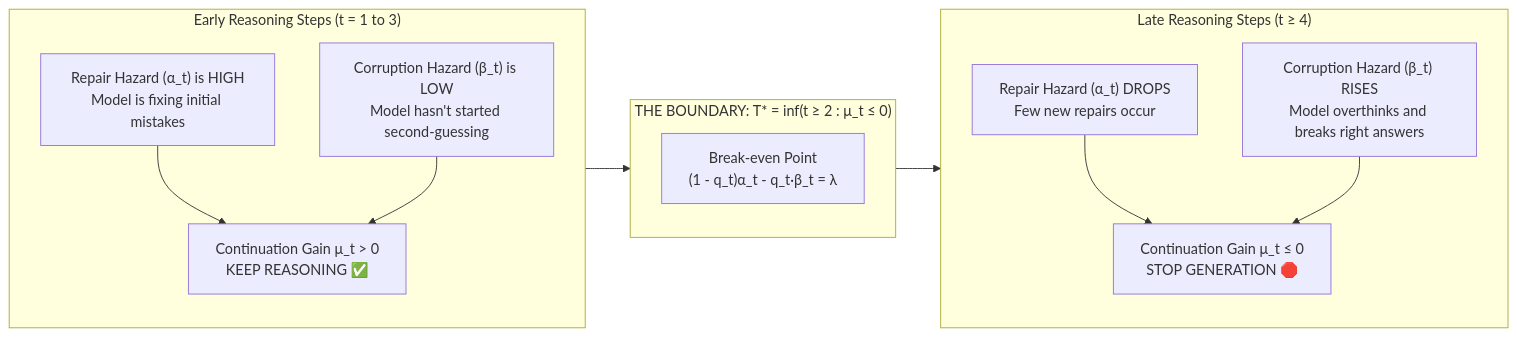
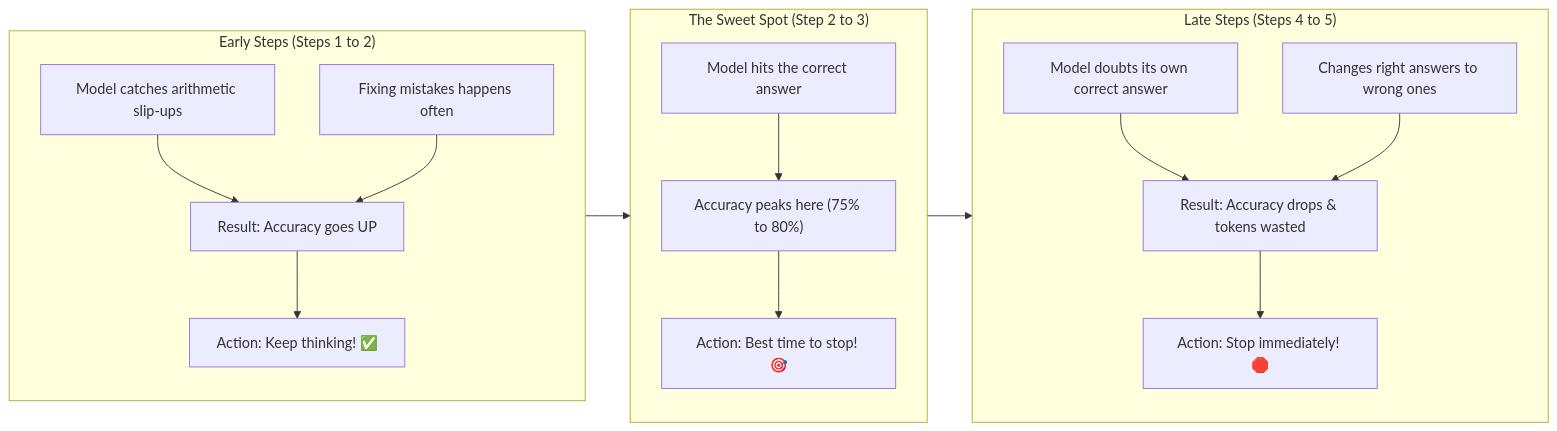
The first of 4 diagrams in ADVISOR_MEETING_SEMESTER_2_ROADMAP.md (bhattadiCS/research-thesis-overthinking-boundary), drawn with Mermaid before and after one commit. The commit also changed other lines of this file and 1 other file, not shown here.

Commit message:
fix(docs): overhaul roadmap markdown formatting, simplify language, and verify browser preview

````diff
--- a/ADVISOR_MEETING_SEMESTER_2_ROADMAP.md
+++ b/ADVISOR_MEETING_SEMESTER_2_ROADMAP.md
@@ -45,27 +48,35 @@
 ```mermaid
 flowchart LR
-    subgraph EarlySteps["Early Reasoning Steps (t = 1 to 3)"]
+    subgraph Early["Early Steps (Steps 1 to 2)"]
         direction TB
-        R1["Repair Hazard (α_t) is HIGH<br/>Model is fixing initial mistakes"]
-        C1["Corruption Hazard (β_t) is LOW<br/>Model hasn't started second-guessing"]
-        G1["Continuation Gain μ_t > 0<br/>KEEP REASONING ✅"]
-        R1 --> G1
-        C1 --> G1
+        E1["Model catches arithmetic slip-ups"]
+        E2["Fixing mistakes happens often"]
+        E3["Result: Accuracy goes UP"]
+        E4["Action: Keep thinking! ✅"]
+        E1 --> E3
+        E2 --> E3
+        E3 --> E4
     end
 
-    subgraph Transition["THE BOUNDARY: T* = inf(t ≥ 2 : μ_t ≤ 0)"]
+    subgraph SweetSpot["The Sweet Spot (Step 2 to 3)"]
         direction TB
-        B["Break-even Point<br/>(1 - q_t)α_t - q_t·β_t = λ"]
+        S1["Model hits the correct answer"]
+        S2["Accuracy peaks here (75% to 80%)"]
+        S3["Action: Best time to stop! 🎯"]
+        S1 --> S2
+        S2 --> S3
     end
 
-    subgraph LateSteps["Late Reasoning Steps (t ≥ 4)"]
+    subgraph Late["Late Steps (Steps 4 to 5)"]
         direction TB
-        R2["Repair Hazard (α_t) DROPS<br/>Few new repairs occur"]
-        C2["Corruption Hazard (β_t) RISES<br/>Model overthinks and breaks right answers"]
-        G2["Continuation Gain μ_t ≤ 0<br/>STOP GENERATION 🛑"]
-        R2 --> G2
-        C2 --> G2
+        L1["Model doubts its own correct answer"]
+        L2["Changes right answers to wrong ones"]
+        L3["Result: Accuracy drops & tokens wasted"]
+        L4["Action: Stop immediately! 🛑"]
+        L1 --> L3
+        L2 --> L3
+        L3 --> L4
     end
 
-    EarlySteps --> Transition --> LateSteps
+    Early --> SweetSpot --> Late
 ```
````
